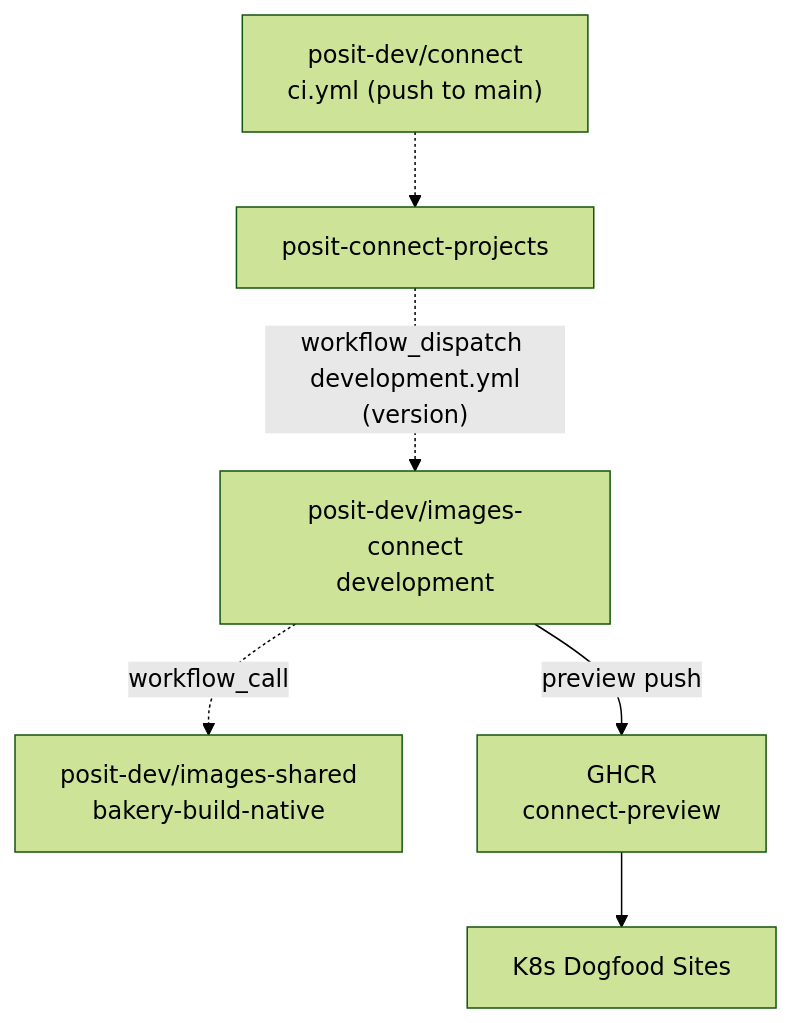
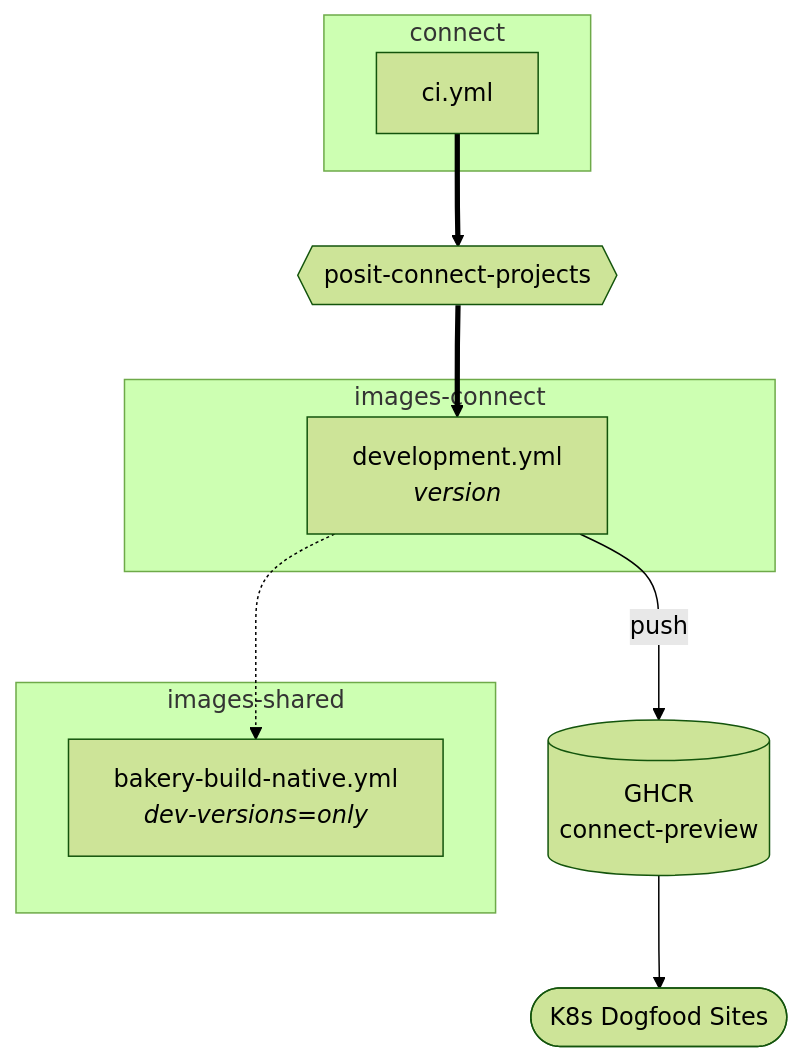
The fifth of 9 diagrams in posit-bakery/docs/cross-repo-workflows.qmd (posit-dev/images-shared), drawn with Mermaid (forest theme) before and after one commit. The commit also changed other lines of this file and 1 other file, not shown here.

First line of the commit message:
Update cross-repo workflow diagrams

````diff
--- a/posit-bakery/docs/cross-repo-workflows.qmd
+++ b/posit-bakery/docs/cross-repo-workflows.qmd
@@ -201,23 +197,27 @@
 ```{mermaid}
 %%| fig-cap: "Connect Development Flow"
 graph TD
-    PROD["posit-dev/connect<br/>ci.yml (push to main)"]
-    BOT["posit-connect-projects"]
+    subgraph connect
+        CI["ci.yml"]
+    end
 
-    PROD -.-> BOT
-    BOT -.->|"workflow_dispatch development.yml<br/>(version)"| IMG_DEV
+    CI ==> APP{{"posit-connect-projects"}}
+    APP ==> DEV
 
-    SHARED["posit-dev/images-shared<br/>bakery-build-native"]
+    subgraph images-connect
+        DEV["development.yml<br/><i>version</i>"]
+    end
 
-    IMG_DEV["posit-dev/images-connect<br/>development"]
+    DEV -.-> SHARED
 
-    IMG_DEV -.->|workflow_call| SHARED
+    subgraph images-shared
+        SHARED["bakery-build-native.yml<br/><i>dev-versions=only</i>"]
+    end
 
-    IMG_DEV -->|preview push| GHCR
+    DEV -->|push| GHCR[("GHCR<br/>connect-preview")]
+    GHCR --> K8S(["K8s Dogfood Sites"])
 
-    GHCR["GHCR<br/>connect-preview"]
-
-    GHCR --> K8S
-
-    K8S["K8s Dogfood Sites"]
+    click CI "https://github.com/posit-dev/connect/blob/main/.github/workflows/ci.yml" _blank
+    click DEV "https://github.com/posit-dev/images-connect/blob/main/.github/workflows/development.yml" _blank
+    click SHARED "https://github.com/posit-dev/images-shared/blob/main/.github/workflows/bakery-build-native.yml" _blank
 ```
````
